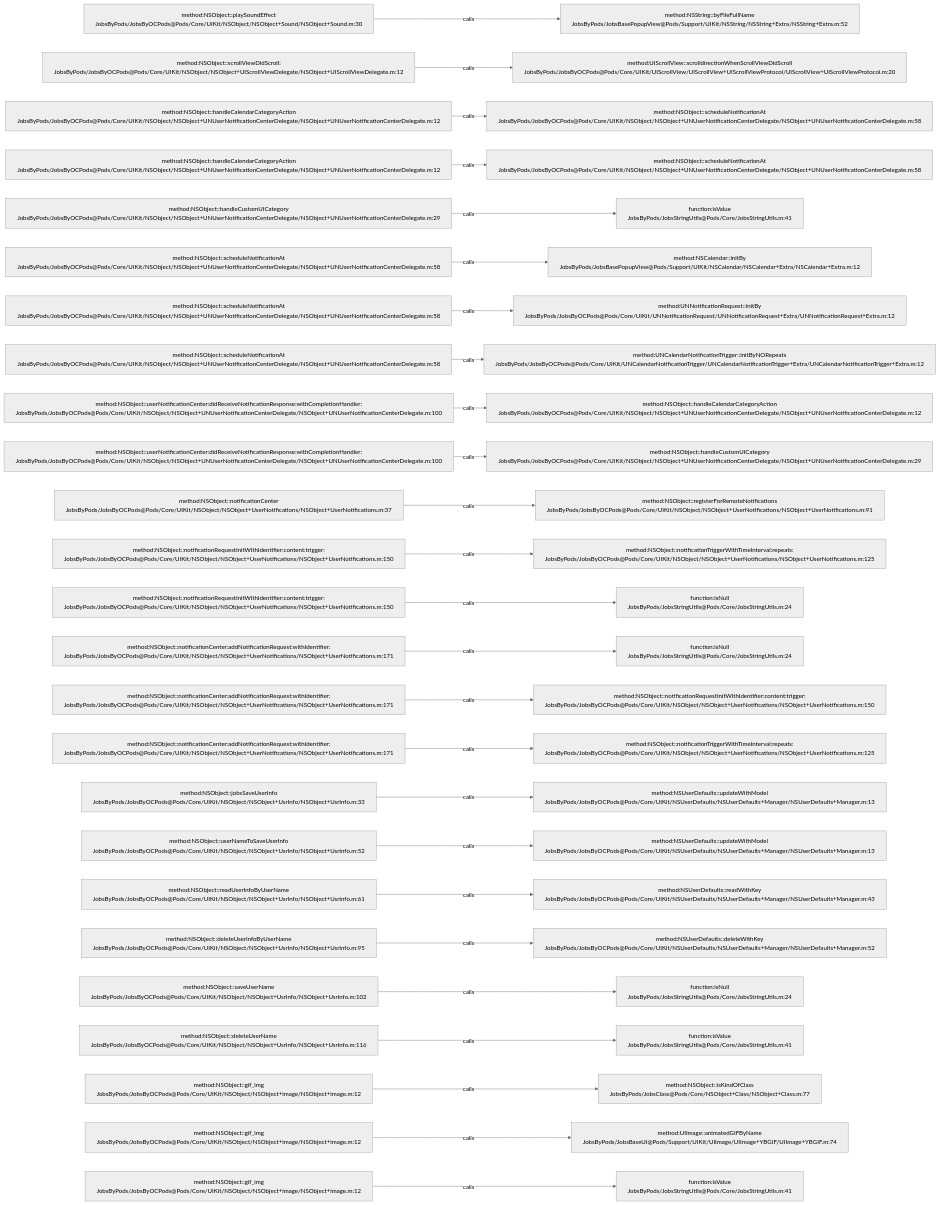
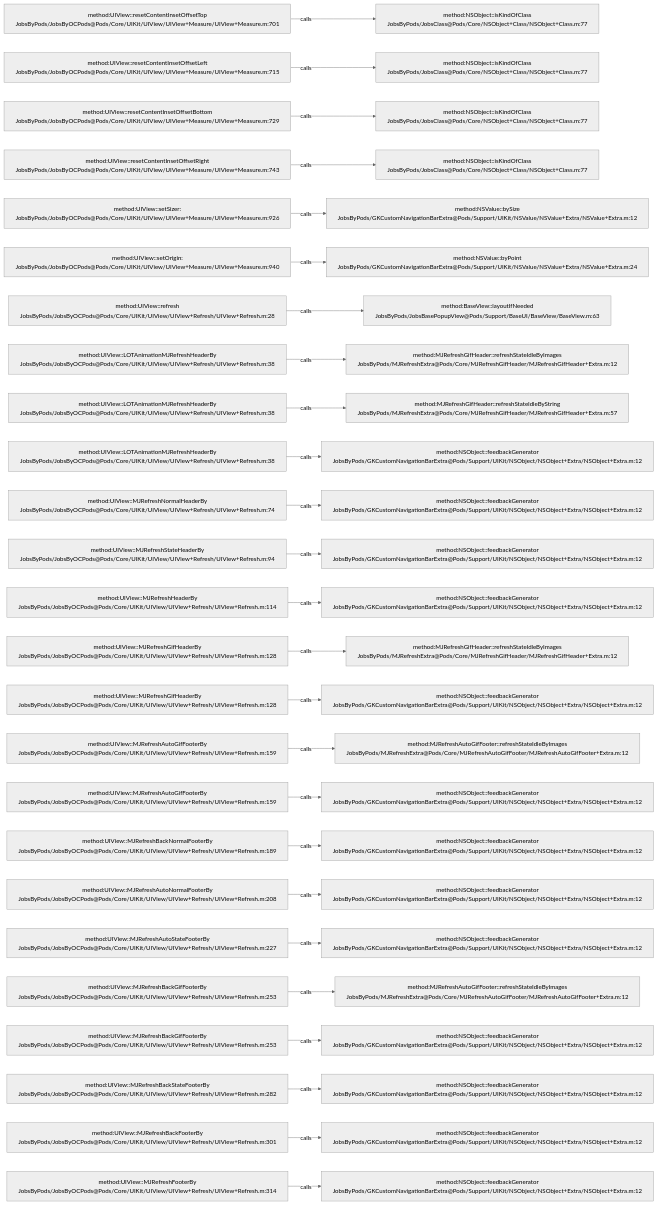
Before and after one commit to JobsKits/JobsOCBaseConfigDemo: the diagram in .codegraph/codegraph.md/graphs/calls-069.md, drawn with Mermaid (neutral theme). The commit also changed 1026 other files, not shown here.

````diff
--- a/.codegraph/codegraph.md/graphs/calls-069.md
+++ b/.codegraph/codegraph.md/graphs/calls-069.md
@@ -13,78 +13,78 @@
 ```mermaid
 flowchart LR
-  S1["method:NSObject::playSoundEffect<br/>JobsByPods/JobsByOCPods@Pods/Core/UIKit/NSObject/NSObject+Sound/NSObject+Sound.m:30"]
-  T1["method:NSString::byFileFullName<br/>JobsByPods/JobsBasePopupView@Pods/Support/UIKit/NSString/NSString+Extra/NSString+Extra.m:52"]
+  S1["method:UIView::resetContentInsetOffsetTop<br/>JobsByPods/JobsByOCPods@Pods/Core/UIKit/UIView/UIView+Measure/UIView+Measure.m:701"]
+  T1["method:NSObject::isKindOfClass<br/>JobsByPods/JobsClass@Pods/Core/NSObject+Class/NSObject+Class.m:77"]
   S1 -->|calls| T1
-  S2["method:NSObject::scrollViewDidScroll:<br/>JobsByPods/JobsByOCPods@Pods/Core/UIKit/NSObject/NSObject+UIScrollViewDelegate/NSObject+UIScrollViewDelegate.m:12"]
-  T2["method:UIScrollView::scrolldirectionWhenScrollViewDidScroll<br/>JobsByPods/JobsByOCPods@Pods/Core/UIKit/UIScrollView/UIScrollView+UIScrollViewProtocol/UIScrollView+UIScrollViewProtocol.m:20"]
+  S2["method:UIView::resetContentInsetOffsetLeft<br/>JobsByPods/JobsByOCPods@Pods/Core/UIKit/UIView/UIView+Measure/UIView+Measure.m:715"]
+  T2["method:NSObject::isKindOfClass<br/>JobsByPods/JobsClass@Pods/Core/NSObject+Class/NSObject+Class.m:77"]
   S2 -->|calls| T2
-  S3["method:NSObject::handleCalendarCategoryAction<br/>JobsByPods/JobsByOCPods@Pods/Core/UIKit/NSObject/NSObject+UNUserNotificationCenterDelegate/NSObject+UNUserNotificationCenterDelegate.m:12"]
-  T3["method:NSObject::scheduleNotificationAt<br/>JobsByPods/JobsByOCPods@Pods/Core/UIKit/NSObject/NSObject+UNUserNotificationCenterDelegate/NSObject+UNUserNotificationCenterDelegate.m:58"]
+  S3["method:UIView::resetContentInsetOffsetBottom<br/>JobsByPods/JobsByOCPods@Pods/Core/UIKit/UIView/UIView+Measure/UIView+Measure.m:729"]
+  T3["method:NSObject::isKindOfClass<br/>JobsByPods/JobsClass@Pods/Core/NSObject+Class/NSObject+Class.m:77"]
   S3 -->|calls| T3
-  S4["method:NSObject::handleCalendarCategoryAction<br/>JobsByPods/JobsByOCPods@Pods/Core/UIKit/NSObject/NSObject+UNUserNotificationCenterDelegate/NSObject+UNUserNotificationCenterDelegate.m:12"]
-  T4["method:NSObject::scheduleNotificationAt<br/>JobsByPods/JobsByOCPods@Pods/Core/UIKit/NSObject/NSObject+UNUserNotificationCenterDelegate/NSObject+UNUserNotificationCenterDelegate.m:58"]
+  S4["method:UIView::resetContentInsetOffsetRight<br/>JobsByPods/JobsByOCPods@Pods/Core/UIKit/UIView/UIView+Measure/UIView+Measure.m:743"]
+  T4["method:NSObject::isKindOfClass<br/>JobsByPods/JobsClass@Pods/Core/NSObject+Class/NSObject+Class.m:77"]
   S4 -->|calls| T4
-  S5["method:NSObject::handleCustomUICategory<br/>JobsByPods/JobsByOCPods@Pods/Core/UIKit/NSObject/NSObject+UNUserNotificationCenterDelegate/NSObject+UNUserNotificationCenterDelegate.m:29"]
-  T5["function:isValue<br/>JobsByPods/JobsStringUtils@Pods/Core/JobsStringUtils.m:41"]
+  S5["method:UIView::setSizer:<br/>JobsByPods/JobsByOCPods@Pods/Core/UIKit/UIView/UIView+Measure/UIView+Measure.m:926"]
+  T5["method:NSValue::bySize<br/>JobsByPods/GKCustomNavigationBarExtra@Pods/Support/UIKit/NSValue/NSValue+Extra/NSValue+Extra.m:12"]
   S5 -->|calls| T5
-  S6["method:NSObject::scheduleNotificationAt<br/>JobsByPods/JobsByOCPods@Pods/Core/UIKit/NSObject/NSObject+UNUserNotificationCenterDelegate/NSObject+UNUserNotificationCenterDelegate.m:58"]
-  T6["method:NSCalendar::initBy<br/>JobsByPods/JobsBasePopupView@Pods/Support/UIKit/NSCalendar/NSCalendar+Extra/NSCalendar+Extra.m:12"]
+  S6["method:UIView::setOrigin:<br/>JobsByPods/JobsByOCPods@Pods/Core/UIKit/UIView/UIView+Measure/UIView+Measure.m:940"]
+  T6["method:NSValue::byPoint<br/>JobsByPods/GKCustomNavigationBarExtra@Pods/Support/UIKit/NSValue/NSValue+Extra/NSValue+Extra.m:24"]
   S6 -->|calls| T6
-  S7["method:NSObject::scheduleNotificationAt<br/>JobsByPods/JobsByOCPods@Pods/Core/UIKit/NSObject/NSObject+UNUserNotificationCenterDelegate/NSObject+UNUserNotificationCenterDelegate.m:58"]
-  T7["method:UNNotificationRequest::initBy<br/>JobsByPods/JobsByOCPods@Pods/Core/UIKit/UNNotificationRequest/UNNotificationRequest+Extra/UNNotificationRequest+Extra.m:12"]
+  S7["method:UIView::refresh<br/>JobsByPods/JobsByOCPods@Pods/Core/UIKit/UIView/UIView+Refresh/UIView+Refresh.m:28"]
+  T7["method:BaseView::layoutIfNeeded<br/>JobsByPods/JobsBasePopupView@Pods/Support/BaseUI/BaseView/BaseView.m:63"]
   S7 -->|calls| T7
-  S8["method:NSObject::scheduleNotificationAt<br/>JobsByPods/JobsByOCPods@Pods/Core/UIKit/NSObject/NSObject+UNUserNotificationCenterDelegate/NSObject+UNUserNotificationCenterDelegate.m:58"]
-  T8["method:UNCalendarNotificationTrigger::initByNORepeats<br/>JobsByPods/JobsByOCPods@Pods/Core/UIKit/UNCalendarNotificationTrigger/UNCalendarNotificationTrigger+Extra/UNCalendarNotificationTrigger+Extra.m:12"]
+  S8["method:UIView::LOTAnimationMJRefreshHeaderBy<br/>JobsByPods/JobsByOCPods@Pods/Core/UIKit/UIView/UIView+Refresh/UIView+Refresh.m:38"]
+  T8["method:MJRefreshGifHeader::refreshStateIdleByImages<br/>JobsByPods/MJRefreshExtra@Pods/Core/MJRefreshGifHeader/MJRefreshGifHeader+Extra.m:12"]
   S8 -->|calls| T8
-  S9["method:NSObject::userNotificationCenter:didReceiveNotificationResponse:withCompletionHandler:<br/>JobsByPods/JobsByOCPods@Pods/Core/UIKit/NSObject/NSObject+UNUserNotificationCenterDelegate/NSObject+UNUserNotificationCenterDelegate.m:100"]
-  T9["method:NSObject::handleCalendarCategoryAction<br/>JobsByPods/JobsByOCPods@Pods/Core/UIKit/NSObject/NSObject+UNUserNotificationCenterDelegate/NSObject+UNUserNotificationCenterDelegate.m:12"]
+  S9["method:UIView::LOTAnimationMJRefreshHeaderBy<br/>JobsByPods/JobsByOCPods@Pods/Core/UIKit/UIView/UIView+Refresh/UIView+Refresh.m:38"]
+  T9["method:MJRefreshGifHeader::refreshStateIdleByString<br/>JobsByPods/MJRefreshExtra@Pods/Core/MJRefreshGifHeader/MJRefreshGifHeader+Extra.m:57"]
   S9 -->|calls| T9
-  S10["method:NSObject::userNotificationCenter:didReceiveNotificationResponse:withCompletionHandler:<br/>JobsByPods/JobsByOCPods@Pods/Core/UIKit/NSObject/NSObject+UNUserNotificationCenterDelegate/NSObject+UNUserNotificationCenterDelegate.m:100"]
-  T10["method:NSObject::handleCustomUICategory<br/>JobsByPods/JobsByOCPods@Pods/Core/UIKit/NSObject/NSObject+UNUserNotificationCenterDelegate/NSObject+UNUserNotificationCenterDelegate.m:29"]
+  S10["method:UIView::LOTAnimationMJRefreshHeaderBy<br/>JobsByPods/JobsByOCPods@Pods/Core/UIKit/UIView/UIView+Refresh/UIView+Refresh.m:38"]
+  T10["method:NSObject::feedbackGenerator<br/>JobsByPods/GKCustomNavigationBarExtra@Pods/Support/UIKit/NSObject/NSObject+Extra/NSObject+Extra.m:12"]
   S10 -->|calls| T10
-  S11["method:NSObject::notificationCenter<br/>JobsByPods/JobsByOCPods@Pods/Core/UIKit/NSObject/NSObject+UserNotifications/NSObject+UserNotifications.m:37"]
-  T11["method:NSObject::registerForRemoteNotifications<br/>JobsByPods/JobsByOCPods@Pods/Core/UIKit/NSObject/NSObject+UserNotifications/NSObject+UserNotifications.m:91"]
+  S11["method:UIView::MJRefreshNormalHeaderBy<br/>JobsByPods/JobsByOCPods@Pods/Core/UIKit/UIView/UIView+Refresh/UIView+Refresh.m:74"]
+  T11["method:NSObject::feedbackGenerator<br/>JobsByPods/GKCustomNavigationBarExtra@Pods/Support/UIKit/NSObject/NSObject+Extra/NSObject+Extra.m:12"]
   S11 -->|calls| T11
-  S12["method:NSObject::notificationRequestInitWithIdentifier:content:trigger:<br/>JobsByPods/JobsByOCPods@Pods/Core/UIKit/NSObject/NSObject+UserNotifications/NSObject+UserNotifications.m:150"]
-  T12["method:NSObject::notificationTriggerWithTimeInterval:repeats:<br/>JobsByPods/JobsByOCPods@Pods/Core/UIKit/NSObject/NSObject+UserNotifications/NSObject+UserNotifications.m:125"]
+  S12["method:UIView::MJRefreshStateHeaderBy<br/>JobsByPods/JobsByOCPods@Pods/Core/UIKit/UIView/UIView+Refresh/UIView+Refresh.m:94"]
+  T12["method:NSObject::feedbackGenerator<br/>JobsByPods/GKCustomNavigationBarExtra@Pods/Support/UIKit/NSObject/NSObject+Extra/NSObject+Extra.m:12"]
   S12 -->|calls| T12
-  S13["method:NSObject::notificationRequestInitWithIdentifier:content:trigger:<br/>JobsByPods/JobsByOCPods@Pods/Core/UIKit/NSObject/NSObject+UserNotifications/NSObject+UserNotifications.m:150"]
-  T13["function:isNull<br/>JobsByPods/JobsStringUtils@Pods/Core/JobsStringUtils.m:24"]
+  S13["method:UIView::MJRefreshHeaderBy<br/>JobsByPods/JobsByOCPods@Pods/Core/UIKit/UIView/UIView+Refresh/UIView+Refresh.m:114"]
+  T13["method:NSObject::feedbackGenerator<br/>JobsByPods/GKCustomNavigationBarExtra@Pods/Support/UIKit/NSObject/NSObject+Extra/NSObject+Extra.m:12"]
   S13 -->|calls| T13
-  S14["method:NSObject::notificationCenter:addNotificationRequest:withIdentifier:<br/>JobsByPods/JobsByOCPods@Pods/Core/UIKit/NSObject/NSObject+UserNotifications/NSObject+UserNotifications.m:171"]
-  T14["function:isNull<br/>JobsByPods/JobsStringUtils@Pods/Core/JobsStringUtils.m:24"]
+  S14["method:UIView::MJRefreshGifHeaderBy<br/>JobsByPods/JobsByOCPods@Pods/Core/UIKit/UIView/UIView+Refresh/UIView+Refresh.m:128"]
+  T14["method:MJRefreshGifHeader::refreshStateIdleByImages<br/>JobsByPods/MJRefreshExtra@Pods/Core/MJRefreshGifHeader/MJRefreshGifHeader+Extra.m:12"]
   S14 -->|calls| T14
-  S15["method:NSObject::notificationCenter:addNotificationRequest:withIdentifier:<br/>JobsByPods/JobsByOCPods@Pods/Core/UIKit/NSObject/NSObject+UserNotifications/NSObject+UserNotifications.m:171"]
-  T15["method:NSObject::notificationRequestInitWithIdentifier:content:trigger:<br/>JobsByPods/JobsByOCPods@Pods/Core/UIKit/NSObject/NSObject+UserNotifications/NSObject+UserNotifications.m:150"]
+  S15["method:UIView::MJRefreshGifHeaderBy<br/>JobsByPods/JobsByOCPods@Pods/Core/UIKit/UIView/UIView+Refresh/UIView+Refresh.m:128"]
+  T15["method:NSObject::feedbackGenerator<br/>JobsByPods/GKCustomNavigationBarExtra@Pods/Support/UIKit/NSObject/NSObject+Extra/NSObject+Extra.m:12"]
   S15 -->|calls| T15
-  S16["method:NSObject::notificationCenter:addNotificationRequest:withIdentifier:<br/>JobsByPods/JobsByOCPods@Pods/Core/UIKit/NSObject/NSObject+UserNotifications/NSObject+UserNotifications.m:171"]
-  T16["method:NSObject::notificationTriggerWithTimeInterval:repeats:<br/>JobsByPods/JobsByOCPods@Pods/Core/UIKit/NSObject/NSObject+UserNotifications/NSObject+UserNotifications.m:125"]
+  S16["method:UIView::MJRefreshAutoGifFooterBy<br/>JobsByPods/JobsByOCPods@Pods/Core/UIKit/UIView/UIView+Refresh/UIView+Refresh.m:159"]
+  T16["method:MJRefreshAutoGifFooter::refreshStateIdleByImages<br/>JobsByPods/MJRefreshExtra@Pods/Core/MJRefreshAutoGifFooter/MJRefreshAutoGifFooter+Extra.m:12"]
   S16 -->|calls| T16
-  S17["method:NSObject::jobsSaveUserInfo<br/>JobsByPods/JobsByOCPods@Pods/Core/UIKit/NSObject/NSObject+UsrInfo/NSObject+UsrInfo.m:33"]
-  T17["method:NSUserDefaults::updateWithModel<br/>JobsByPods/JobsByOCPods@Pods/Core/UIKit/NSUserDefaults/NSUserDefaults+Manager/NSUserDefaults+Manager.m:13"]
+  S17["method:UIView::MJRefreshAutoGifFooterBy<br/>JobsByPods/JobsByOCPods@Pods/Core/UIKit/UIView/UIView+Refresh/UIView+Refresh.m:159"]
+  T17["method:NSObject::feedbackGenerator<br/>JobsByPods/GKCustomNavigationBarExtra@Pods/Support/UIKit/NSObject/NSObject+Extra/NSObject+Extra.m:12"]
   S17 -->|calls| T17
-  S18["method:NSObject::userNameToSaveUserInfo<br/>JobsByPods/JobsByOCPods@Pods/Core/UIKit/NSObject/NSObject+UsrInfo/NSObject+UsrInfo.m:52"]
-  T18["method:NSUserDefaults::updateWithModel<br/>JobsByPods/JobsByOCPods@Pods/Core/UIKit/NSUserDefaults/NSUserDefaults+Manager/NSUserDefaults+Manager.m:13"]
+  S18["method:UIView::MJRefreshBackNormalFooterBy<br/>JobsByPods/JobsByOCPods@Pods/Core/UIKit/UIView/UIView+Refresh/UIView+Refresh.m:189"]
+  T18["method:NSObject::feedbackGenerator<br/>JobsByPods/GKCustomNavigationBarExtra@Pods/Support/UIKit/NSObject/NSObject+Extra/NSObject+Extra.m:12"]
   S18 -->|calls| T18
-  S19["method:NSObject::readUserInfoByUserName<br/>JobsByPods/JobsByOCPods@Pods/Core/UIKit/NSObject/NSObject+UsrInfo/NSObject+UsrInfo.m:61"]
-  T19["method:NSUserDefaults::readWithKey<br/>JobsByPods/JobsByOCPods@Pods/Core/UIKit/NSUserDefaults/NSUserDefaults+Manager/NSUserDefaults+Manager.m:43"]
+  S19["method:UIView::MJRefreshAutoNormalFooterBy<br/>JobsByPods/JobsByOCPods@Pods/Core/UIKit/UIView/UIView+Refresh/UIView+Refresh.m:208"]
+  T19["method:NSObject::feedbackGenerator<br/>JobsByPods/GKCustomNavigationBarExtra@Pods/Support/UIKit/NSObject/NSObject+Extra/NSObject+Extra.m:12"]
   S19 -->|calls| T19
-  S20["method:NSObject::deleteUserInfoByUserName<br/>JobsByPods/JobsByOCPods@Pods/Core/UIKit/NSObject/NSObject+UsrInfo/NSObject+UsrInfo.m:95"]
-  T20["method:NSUserDefaults::deleteWithKey<br/>JobsByPods/JobsByOCPods@Pods/Core/UIKit/NSUserDefaults/NSUserDefaults+Manager/NSUserDefaults+Manager.m:52"]
+  S20["method:UIView::MJRefreshAutoStateFooterBy<br/>JobsByPods/JobsByOCPods@Pods/Core/UIKit/UIView/UIView+Refresh/UIView+Refresh.m:227"]
+  T20["method:NSObject::feedbackGenerator<br/>JobsByPods/GKCustomNavigationBarExtra@Pods/Support/UIKit/NSObject/NSObject+Extra/NSObject+Extra.m:12"]
   S20 -->|calls| T20
-  S21["method:NSObject::saveUserName<br/>JobsByPods/JobsByOCPods@Pods/Core/UIKit/NSObject/NSObject+UsrInfo/NSObject+UsrInfo.m:102"]
-  T21["function:isNull<br/>JobsByPods/JobsStringUtils@Pods/Core/JobsStringUtils.m:24"]
+  S21["method:UIView::MJRefreshBackGifFooterBy<br/>JobsByPods/JobsByOCPods@Pods/Core/UIKit/UIView/UIView+Refresh/UIView+Refresh.m:253"]
+  T21["method:MJRefreshAutoGifFooter::refreshStateIdleByImages<br/>JobsByPods/MJRefreshExtra@Pods/Core/MJRefreshAutoGifFooter/MJRefreshAutoGifFooter+Extra.m:12"]
   S21 -->|calls| T21
-  S22["method:NSObject::deleteUserName<br/>JobsByPods/JobsByOCPods@Pods/Core/UIKit/NSObject/NSObject+UsrInfo/NSObject+UsrInfo.m:116"]
-  T22["function:isValue<br/>JobsByPods/JobsStringUtils@Pods/Core/JobsStringUtils.m:41"]
+  S22["method:UIView::MJRefreshBackGifFooterBy<br/>JobsByPods/JobsByOCPods@Pods/Core/UIKit/UIView/UIView+Refresh/UIView+Refresh.m:253"]
+  T22["method:NSObject::feedbackGenerator<br/>JobsByPods/GKCustomNavigationBarExtra@Pods/Support/UIKit/NSObject/NSObject+Extra/NSObject+Extra.m:12"]
   S22 -->|calls| T22
-  S23["method:NSObject::gif_img<br/>JobsByPods/JobsByOCPods@Pods/Core/UIKit/NSObject/NSObject+image/NSObject+image.m:12"]
-  T23["method:NSObject::isKindOfClass<br/>JobsByPods/JobsClass@Pods/Core/NSObject+Class/NSObject+Class.m:77"]
+  S23["method:UIView::MJRefreshBackStateFooterBy<br/>JobsByPods/JobsByOCPods@Pods/Core/UIKit/UIView/UIView+Refresh/UIView+Refresh.m:282"]
+  T23["method:NSObject::feedbackGenerator<br/>JobsByPods/GKCustomNavigationBarExtra@Pods/Support/UIKit/NSObject/NSObject+Extra/NSObject+Extra.m:12"]
   S23 -->|calls| T23
-  S24["method:NSObject::gif_img<br/>JobsByPods/JobsByOCPods@Pods/Core/UIKit/NSObject/NSObject+image/NSObject+image.m:12"]
-  T24["method:UIImage::animatedGIFByName<br/>JobsByPods/JobsBaseUI@Pods/Support/UIKit/UIImage/UIImage+YBGIF/UIImage+YBGIF.m:74"]
+  S24["method:UIView::MJRefreshBackFooterBy<br/>JobsByPods/JobsByOCPods@Pods/Core/UIKit/UIView/UIView+Refresh/UIView+Refresh.m:301"]
+  T24["method:NSObject::feedbackGenerator<br/>JobsByPods/GKCustomNavigationBarExtra@Pods/Support/UIKit/NSObject/NSObject+Extra/NSObject+Extra.m:12"]
   S24 -->|calls| T24
-  S25["method:NSObject::gif_img<br/>JobsByPods/JobsByOCPods@Pods/Core/UIKit/NSObject/NSObject+image/NSObject+image.m:12"]
-  T25["function:isValue<br/>JobsByPods/JobsStringUtils@Pods/Core/JobsStringUtils.m:41"]
+  S25["method:UIView::MJRefreshFooterBy<br/>JobsByPods/JobsByOCPods@Pods/Core/UIKit/UIView/UIView+Refresh/UIView+Refresh.m:314"]
+  T25["method:NSObject::feedbackGenerator<br/>JobsByPods/GKCustomNavigationBarExtra@Pods/Support/UIKit/NSObject/NSObject+Extra/NSObject+Extra.m:12"]
   S25 -->|calls| T25
 ```
````
